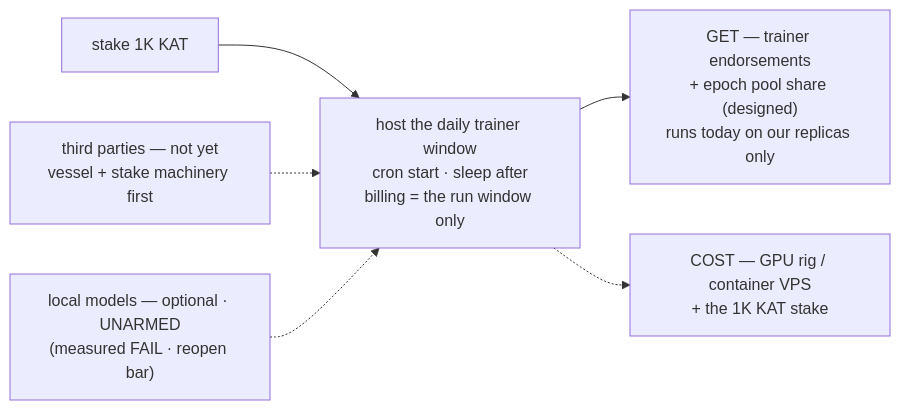
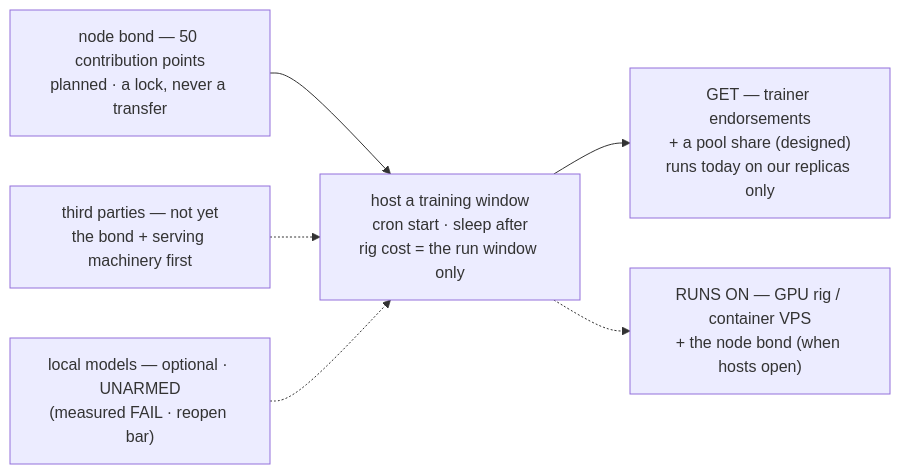
The fourth of 4 diagrams in .docs/01_orientation/role_flows.md (riir-ai/riir-refine), drawn with Mermaid before and after one commit. The commit also changed other lines of this file and 17 other files, not shown here.

````diff
--- a/.docs/01_orientation/role_flows.md
+++ b/.docs/01_orientation/role_flows.md
@@ -309,8 +296,8 @@
 ```mermaid
 flowchart LR
-    STAKE["stake 1K KAT"] --> WINDOW["host the daily trainer window<br/>cron start · sleep after<br/>billing = the run window only"]
-    WINDOW --> GET["GET — trainer endorsements<br/>+ epoch pool share (designed)<br/>runs today on our replicas only"]
-    WINDOW -.-> COST["COST — GPU rig / container VPS<br/>+ the 1K KAT stake"]
-    STATUS["third parties — not yet<br/>vessel + stake machinery first"] -.-> WINDOW
+    BOND["node bond — 50 contribution points<br/>planned · a lock, never a transfer"] --> WINDOW["host a training window<br/>cron start · sleep after<br/>rig cost = the run window only"]
+    WINDOW --> GET["GET — trainer endorsements<br/>+ a pool share (designed)<br/>runs today on our replicas only"]
+    WINDOW -.-> COST["RUNS ON — GPU rig / container VPS<br/>+ the node bond (when hosts open)"]
+    STATUS["third parties — not yet<br/>the bond + serving machinery first"] -.-> WINDOW
     LOCAL["local models — optional · UNARMED<br/>(measured FAIL · reopen bar)"] -.-> WINDOW
 ```
````
